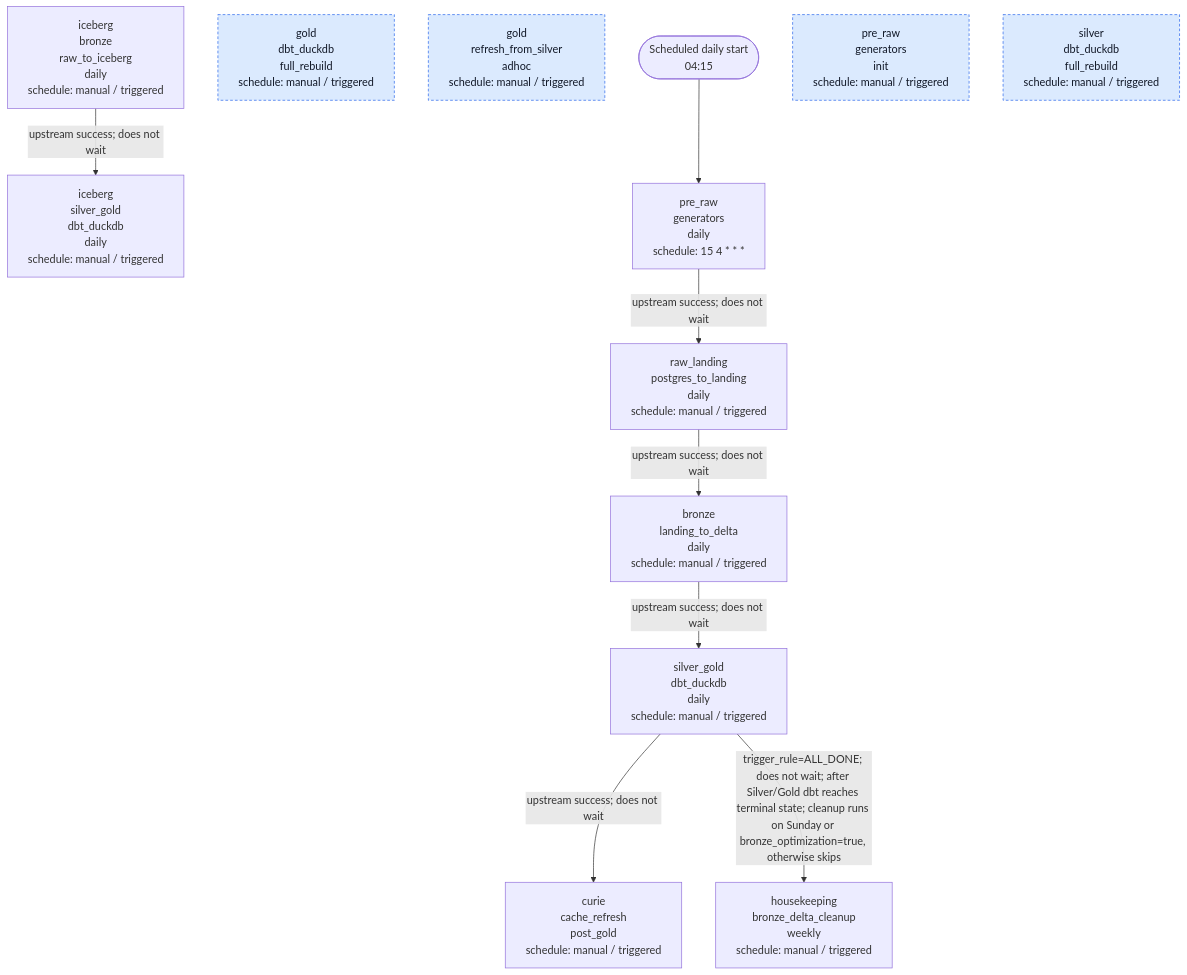
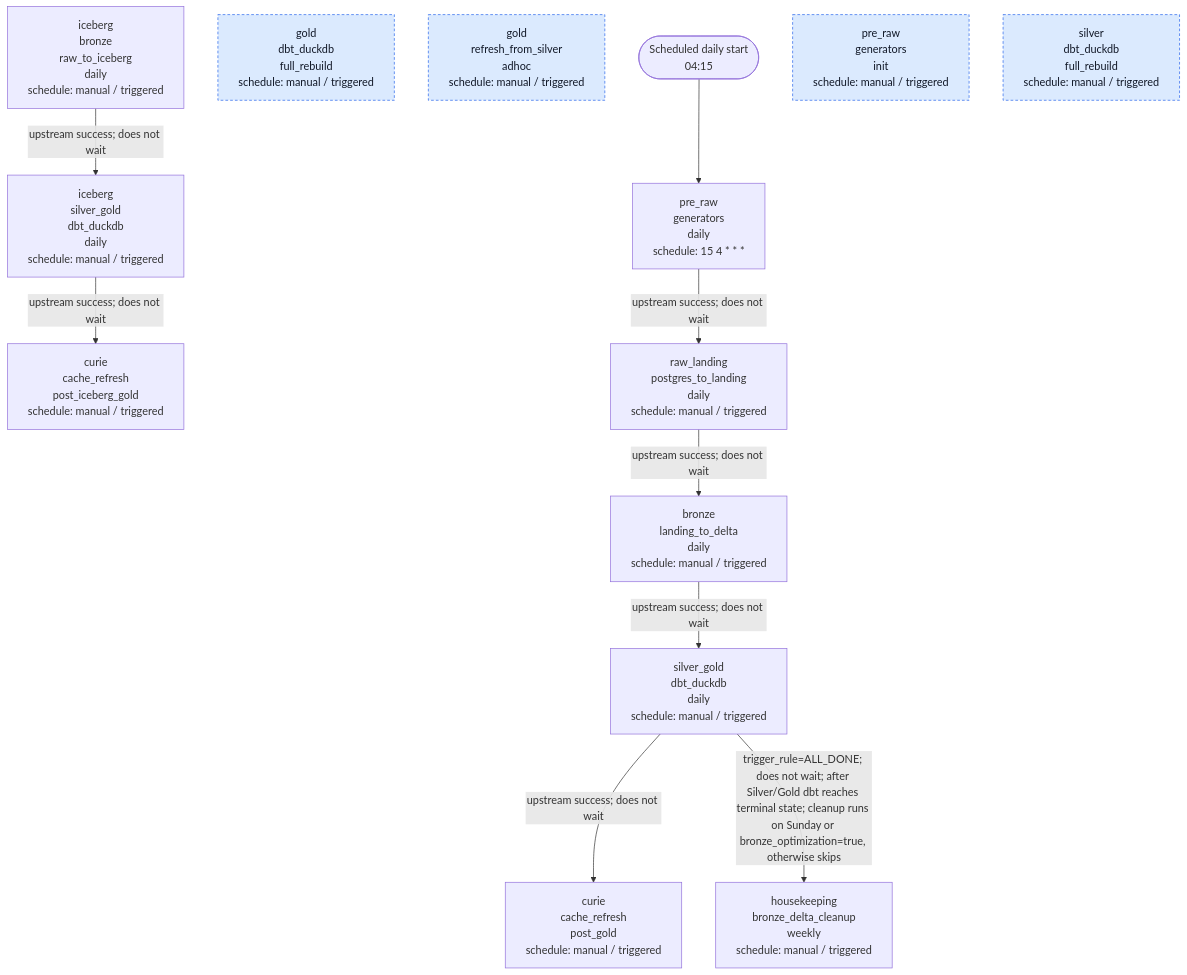
The diagram in docs/dataflow/diagrams/airflow_dags.mmd (AntonMiniazev/ampere_project), drawn with Mermaid before and after one commit. The commit also changed 3 other files, not shown here.

Commit message:
feat(iceberg): refresh Curie cache after Gold build

```diff
--- a/docs/dataflow/diagrams/airflow_dags.mmd
+++ b/docs/dataflow/diagrams/airflow_dags.mmd
@@ -1,28 +1,30 @@
 flowchart TD
     START(["Scheduled daily start<br/>04:15"])
     D_AMPERE__BRONZE__LANDING_TO_DELTA__DAILY["bronze<br/>landing_to_delta<br/>daily<br/>schedule: manual / triggered"]
     D_AMPERE__CURIE__CACHE_REFRESH__POST_GOLD["curie<br/>cache_refresh<br/>post_gold<br/>schedule: manual / triggered"]
+    D_AMPERE__CURIE__CACHE_REFRESH__POST_ICEBERG_GOLD["curie<br/>cache_refresh<br/>post_iceberg_gold<br/>schedule: manual / triggered"]
     D_AMPERE__GOLD__DBT_DUCKDB__FULL_REBUILD["gold<br/>dbt_duckdb<br/>full_rebuild<br/>schedule: manual / triggered"]
     D_AMPERE__GOLD__REFRESH_FROM_SILVER__ADHOC["gold<br/>refresh_from_silver<br/>adhoc<br/>schedule: manual / triggered"]
     D_AMPERE__HOUSEKEEPING__BRONZE_DELTA_CLEANUP__WEEKLY["housekeeping<br/>bronze_delta_cleanup<br/>weekly<br/>schedule: manual / triggered"]
     D_AMPERE__ICEBERG__BRONZE__RAW_TO_ICEBERG__DAILY["iceberg<br/>bronze<br/>raw_to_iceberg<br/>daily<br/>schedule: manual / triggered"]
     D_AMPERE__ICEBERG__SILVER_GOLD__DBT_DUCKDB__DAILY["iceberg<br/>silver_gold<br/>dbt_duckdb<br/>daily<br/>schedule: manual / triggered"]
     D_AMPERE__PRE_RAW__GENERATORS__DAILY["pre_raw<br/>generators<br/>daily<br/>schedule: 15 4 * * *"]
     D_AMPERE__PRE_RAW__GENERATORS__INIT["pre_raw<br/>generators<br/>init<br/>schedule: manual / triggered"]
     D_AMPERE__RAW_LANDING__POSTGRES_TO_LANDING__DAILY["raw_landing<br/>postgres_to_landing<br/>daily<br/>schedule: manual / triggered"]
     D_AMPERE__SILVER__DBT_DUCKDB__FULL_REBUILD["silver<br/>dbt_duckdb<br/>full_rebuild<br/>schedule: manual / triggered"]
     D_AMPERE__SILVER_GOLD__DBT_DUCKDB__DAILY["silver_gold<br/>dbt_duckdb<br/>daily<br/>schedule: manual / triggered"]
 
     START --> D_AMPERE__PRE_RAW__GENERATORS__DAILY
     D_AMPERE__BRONZE__LANDING_TO_DELTA__DAILY -->|"upstream success; does not wait"| D_AMPERE__SILVER_GOLD__DBT_DUCKDB__DAILY
     D_AMPERE__ICEBERG__BRONZE__RAW_TO_ICEBERG__DAILY -->|"upstream success; does not wait"| D_AMPERE__ICEBERG__SILVER_GOLD__DBT_DUCKDB__DAILY
+    D_AMPERE__ICEBERG__SILVER_GOLD__DBT_DUCKDB__DAILY -->|"upstream success; does not wait"| D_AMPERE__CURIE__CACHE_REFRESH__POST_ICEBERG_GOLD
     D_AMPERE__PRE_RAW__GENERATORS__DAILY -->|"upstream success; does not wait"| D_AMPERE__RAW_LANDING__POSTGRES_TO_LANDING__DAILY
     D_AMPERE__RAW_LANDING__POSTGRES_TO_LANDING__DAILY -->|"upstream success; does not wait"| D_AMPERE__BRONZE__LANDING_TO_DELTA__DAILY
     D_AMPERE__SILVER_GOLD__DBT_DUCKDB__DAILY -->|"upstream success; does not wait"| D_AMPERE__CURIE__CACHE_REFRESH__POST_GOLD
     D_AMPERE__SILVER_GOLD__DBT_DUCKDB__DAILY -->|"trigger_rule=ALL_DONE; does not wait; after Silver/Gold dbt reaches terminal state; cleanup runs on Sunday or bronze_optimization=true, otherwise skips"| D_AMPERE__HOUSEKEEPING__BRONZE_DELTA_CLEANUP__WEEKLY
 
     D_AMPERE__PRE_RAW__GENERATORS__INIT:::manual
     D_AMPERE__SILVER__DBT_DUCKDB__FULL_REBUILD:::manual
     D_AMPERE__GOLD__DBT_DUCKDB__FULL_REBUILD:::manual
     D_AMPERE__GOLD__REFRESH_FROM_SILVER__ADHOC:::manual
     classDef manual fill:#dbeafe,stroke:#2563eb,color:#111827,stroke-dasharray: 4 3
```
